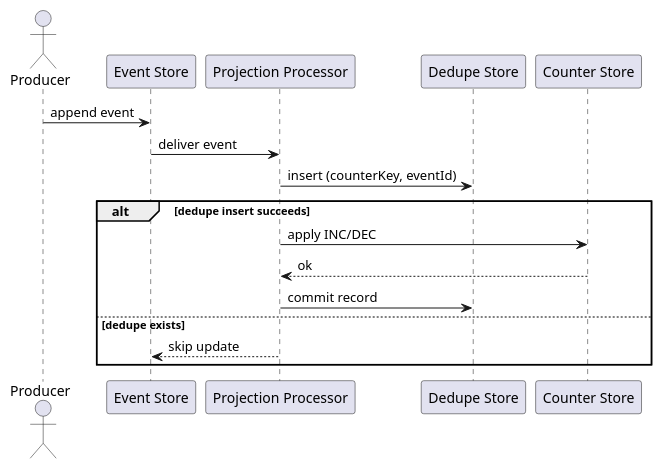
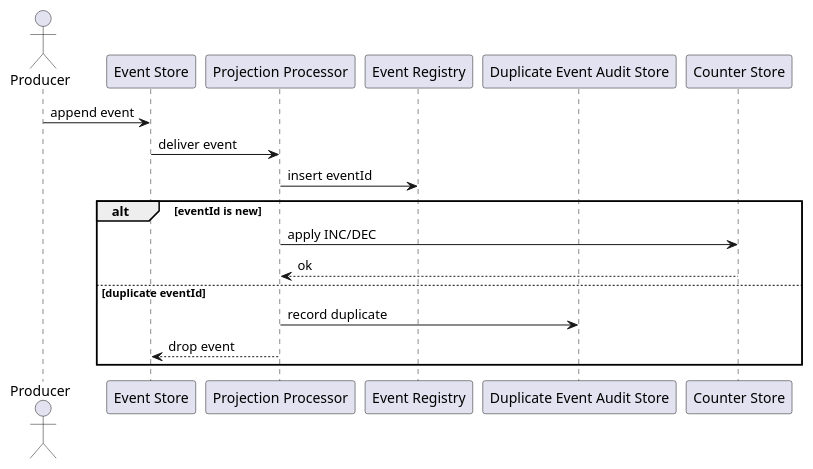
One commit to obsinity/obsinity changed the second of 2 diagrams in design/persistent-dimension-counters.md. Above: the diagram before and after it, drawn with PlantUML. The commit also changed other lines of this file, not shown here.

Commit message:
docs: align counters with global eventId dedupe

````diff
--- a/design/persistent-dimension-counters.md
+++ b/design/persistent-dimension-counters.md
@@ -62,20 +66,21 @@
 ```plantuml
 @startuml
 actor Producer
 participant "Event Store" as ES
 participant "Projection Processor" as PP
-participant "Dedupe Store" as DS
+participant "Event Registry" as ER
+participant "Duplicate Event Audit Store" as DS
 participant "Counter Store" as CS
 
 Producer -> ES : append event
 ES -> PP : deliver event
-PP -> DS : insert (counterKey, eventId)
-alt dedupe insert succeeds
+PP -> ER : insert eventId
+alt eventId is new
   PP -> CS : apply INC/DEC
   CS --> PP : ok
-  PP -> DS : commit record
-else dedupe exists
-  PP --> ES : skip update
+else duplicate eventId
+  PP -> DS : record duplicate
+  PP --> ES : drop event
 end
 @enduml
 ```
````
